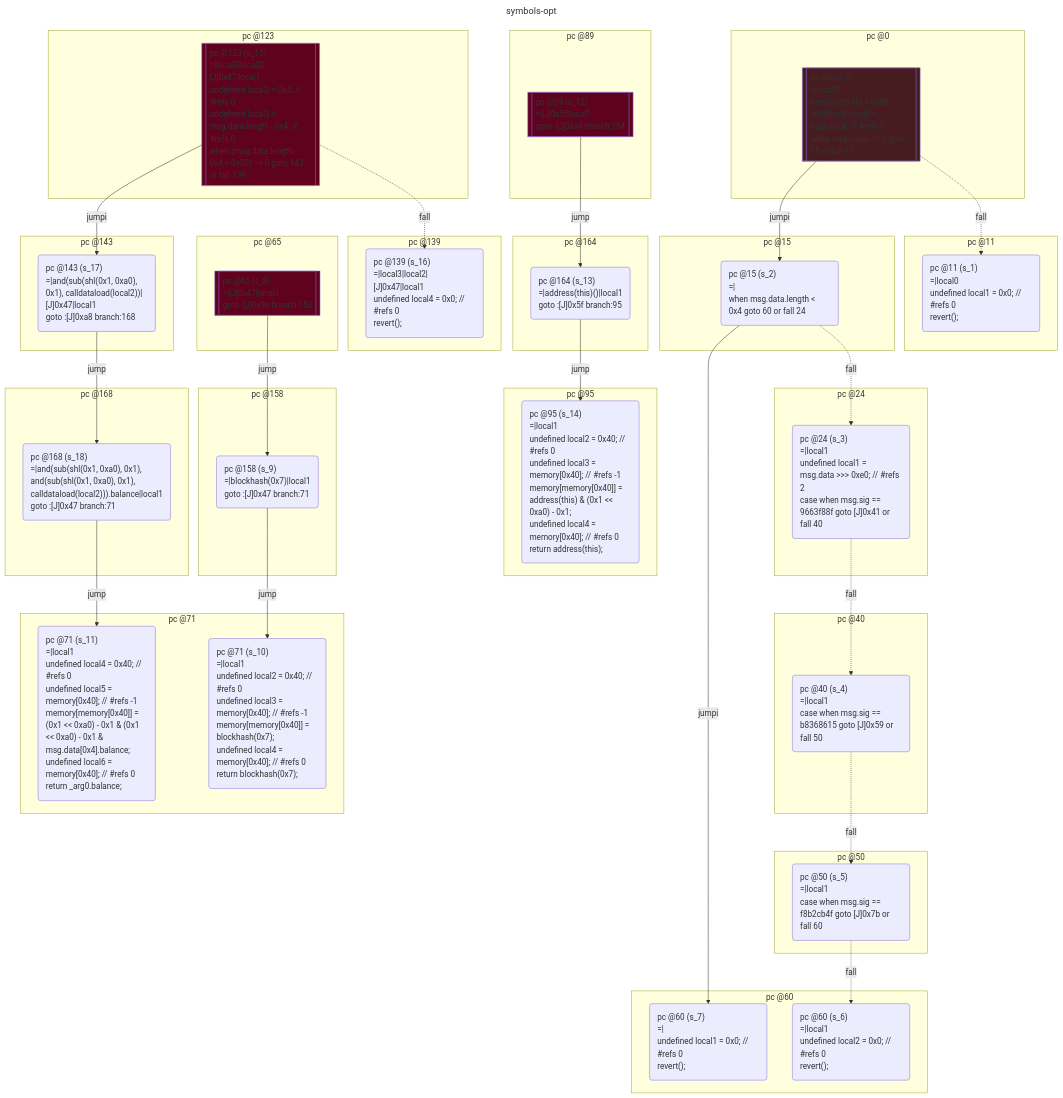
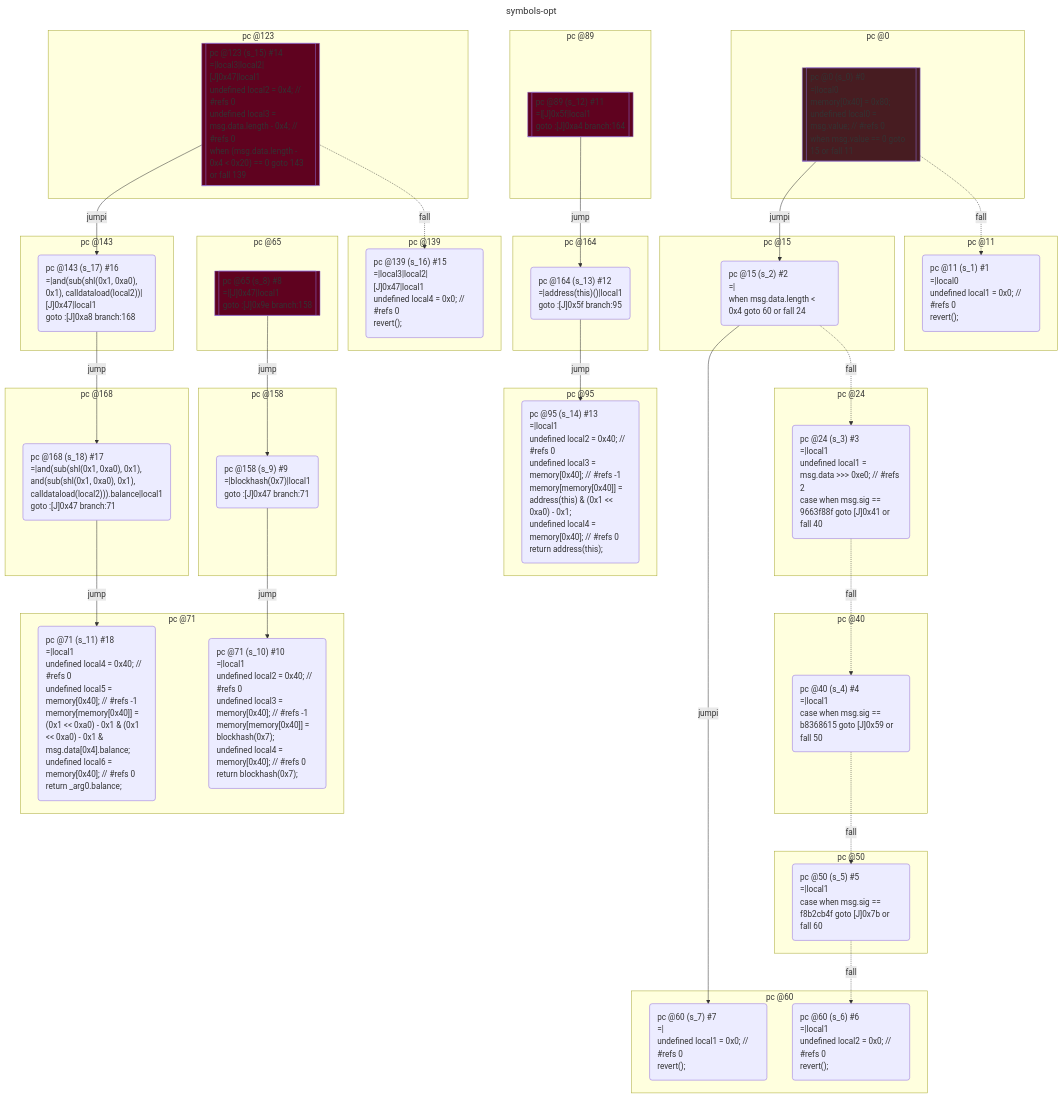
The second of 2 diagrams in test/__snapshots__/contracts/dispatch/symbols.snap.md (acuarica/evm), drawn with Mermaid before and after one commit. The commit also changed other lines of this file and 18 other files, not shown here.

```diff
--- a/test/__snapshots__/contracts/dispatch/symbols.snap.md
+++ b/test/__snapshots__/contracts/dispatch/symbols.snap.md
@@ -400,7 +400,7 @@
 flowchart TD
   classDef state text-align:left
   subgraph cluster_0 ["pc @0"]
-    s_0[["pc @0 (s_0)
+    s_0[["pc @0 (s_0) #0
 =|local0
 memory[0x40] = 0x80;
 undefined local0 = msg.value; // #refs 0
@@ -410,7 +410,7 @@
     style s_0 fill:#471C21
   end
   subgraph cluster_11 ["pc @11"]
-    s_1("pc @11 (s_1)
+    s_1("pc @11 (s_1) #1
 =|local0
 undefined local1 = 0x0; // #refs 0
 revert();
@@ -418,14 +418,14 @@
     class s_1 state
   end
   subgraph cluster_15 ["pc @15"]
-    s_2("pc @15 (s_2)
+    s_2("pc @15 (s_2) #2
 =|
 when msg.data.length < 0x4 goto 60 or fall 24
 ")
     class s_2 state
   end
   subgraph cluster_24 ["pc @24"]
-    s_3("pc @24 (s_3)
+    s_3("pc @24 (s_3) #3
 =|local1
 undefined local1 = msg.data >>> 0xe0; // #refs 2
 case when msg.sig == 9663f88f goto [J]0x41 or fall 40
@@ -433,27 +433,27 @@
     class s_3 state
   end
   subgraph cluster_40 ["pc @40"]
-    s_4("pc @40 (s_4)
+    s_4("pc @40 (s_4) #4
 =|local1
 case when msg.sig == b8368615 goto [J]0x59 or fall 50
 ")
     class s_4 state
   end
   subgraph cluster_50 ["pc @50"]
-    s_5("pc @50 (s_5)
+    s_5("pc @50 (s_5) #5
 =|local1
 case when msg.sig == f8b2cb4f goto [J]0x7b or fall 60
 ")
     class s_5 state
   end
   subgraph cluster_60 ["pc @60"]
-    s_6("pc @60 (s_6)
+    s_6("pc @60 (s_6) #6
 =|local1
 undefined local2 = 0x0; // #refs 0
 revert();
 ")
     class s_6 state
-    s_7("pc @60 (s_7)
+    s_7("pc @60 (s_7) #7
 =|
 undefined local1 = 0x0; // #refs 0
 revert();
@@ -461,7 +461,7 @@
     class s_7 state
   end
   subgraph cluster_65 ["pc @65"]
-    s_8[["pc @65 (s_8)
+    s_8[["pc @65 (s_8) #8
 =|[J]0x47|local1
 goto :[J]0x9e branch:158
 "]]
@@ -469,14 +469,14 @@
     style s_8 fill:#5F021F
   end
   subgraph cluster_158 ["pc @158"]
-    s_9("pc @158 (s_9)
+    s_9("pc @158 (s_9) #9
 =|blockhash(0x7)|local1
 goto :[J]0x47 branch:71
 ")
     class s_9 state
   end
   subgraph cluster_71 ["pc @71"]
-    s_10("pc @71 (s_10)
+    s_10("pc @71 (s_10) #10
 =|local1
 undefined local2 = 0x40; // #refs 0
 undefined local3 = memory[0x40]; // #refs -1
@@ -485,7 +485,7 @@
 return blockhash(0x7);
 ")
     class s_10 state
-    s_11("pc @71 (s_11)
+    s_11("pc @71 (s_11) #18
 =|local1
 undefined local4 = 0x40; // #refs 0
 undefined local5 = memory[0x40]; // #refs -1
@@ -496,7 +496,7 @@
     class s_11 state
   end
   subgraph cluster_89 ["pc @89"]
-    s_12[["pc @89 (s_12)
+    s_12[["pc @89 (s_12) #11
 =|[J]0x5f|local1
 goto :[J]0xa4 branch:164
 "]]
@@ -504,14 +504,14 @@
     style s_12 fill:#5F021F
   end
   subgraph cluster_164 ["pc @164"]
-    s_13("pc @164 (s_13)
+    s_13("pc @164 (s_13) #12
 =|address(this)()|local1
 goto :[J]0x5f branch:95
 ")
     class s_13 state
   end
   subgraph cluster_95 ["pc @95"]
-    s_14("pc @95 (s_14)
+    s_14("pc @95 (s_14) #13
 =|local1
 undefined local2 = 0x40; // #refs 0
 undefined local3 = memory[0x40]; // #refs -1
@@ -522,7 +522,7 @@
     class s_14 state
   end
   subgraph cluster_123 ["pc @123"]
-    s_15[["pc @123 (s_15)
+    s_15[["pc @123 (s_15) #14
 =|local3|local2|[J]0x47|local1
 undefined local2 = 0x4; // #refs 0
 undefined local3 = msg.data.length - 0x4; // #refs 0
@@ -532,7 +532,7 @@
     style s_15 fill:#5F021F
   end
   subgraph cluster_139 ["pc @139"]
-    s_16("pc @139 (s_16)
+    s_16("pc @139 (s_16) #15
 =|local3|local2|[J]0x47|local1
 undefined local4 = 0x0; // #refs 0
 revert();
@@ -540,14 +540,14 @@
     class s_16 state
   end
   subgraph cluster_143 ["pc @143"]
-    s_17("pc @143 (s_17)
+    s_17("pc @143 (s_17) #16
 =|and(sub(shl(0x1, 0xa0), 0x1), calldataload(local2))|[J]0x47|local1
 goto :[J]0xa8 branch:168
 ")
     class s_17 state
   end
   subgraph cluster_168 ["pc @168"]
-    s_18("pc @168 (s_18)
+    s_18("pc @168 (s_18) #17
 =|and(sub(shl(0x1, 0xa0), 0x1), and(sub(shl(0x1, 0xa0), 0x1), calldataload(local2))).balance|local1
 goto :[J]0x47 branch:71
 ")
```
